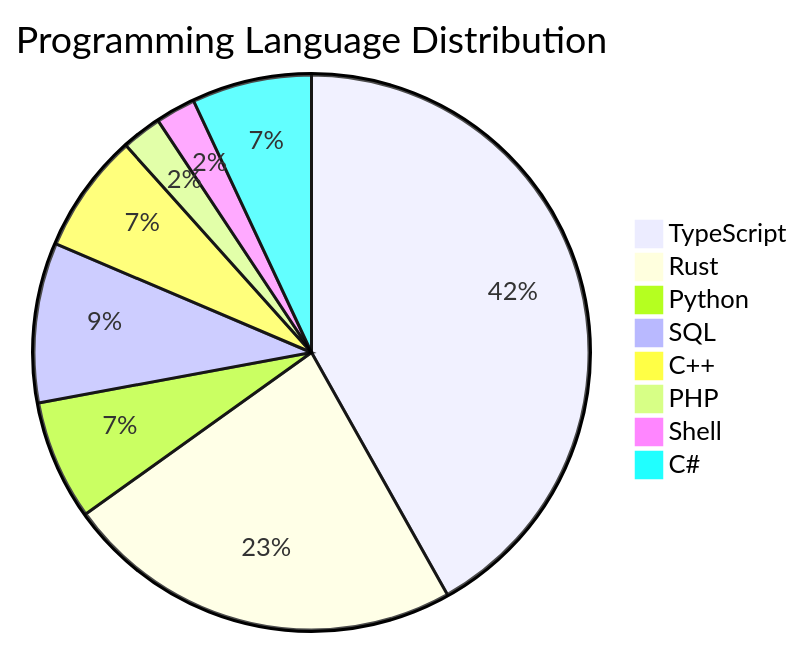
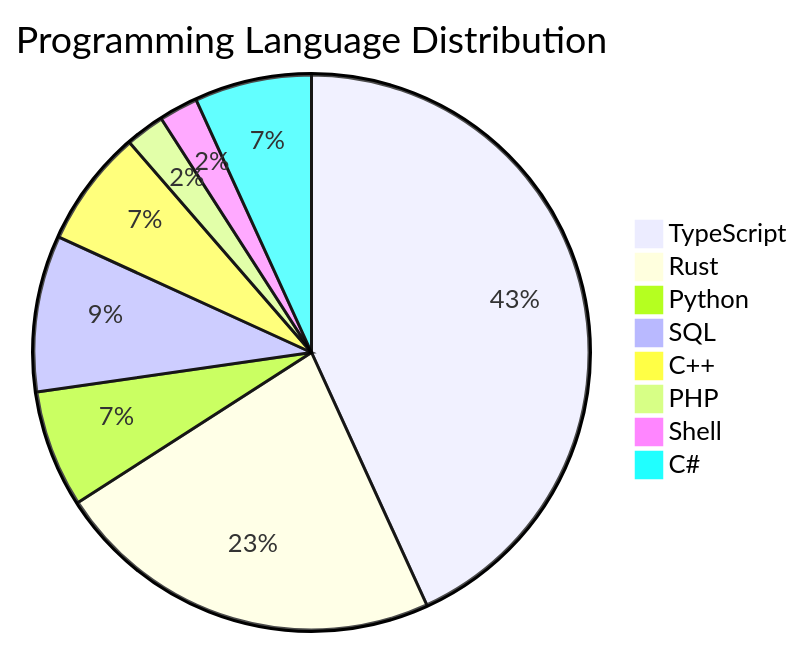
Before and after one commit to ernivani/leetcode-solutions: the second of 2 diagrams in JOURNAL.md, drawn with Mermaid. The commit also changed other lines of this file and 2 other files, not shown here.

Commit message:
Update JOURNAL.md and README.md to add a new entry for problem 848: Shifting Letters II with a corresponding TypeScript solution. Adjust problem difficulty and programming language distribution statistics to reflect the new entry. Ensure proper formatting throughout.

````diff
--- a/JOURNAL.md
+++ b/JOURNAL.md
@@ -62,11 +63,11 @@
 ```mermaid
 pie title Programming Language Distribution
-    "TypeScript" : 18
+    "TypeScript" : 19
     "Rust" : 10
     "Python" : 3
     "SQL" : 4
     "C++" : 3
     "PHP" : 1
     "Shell" : 1
     "C#" : 3
 ```
````
